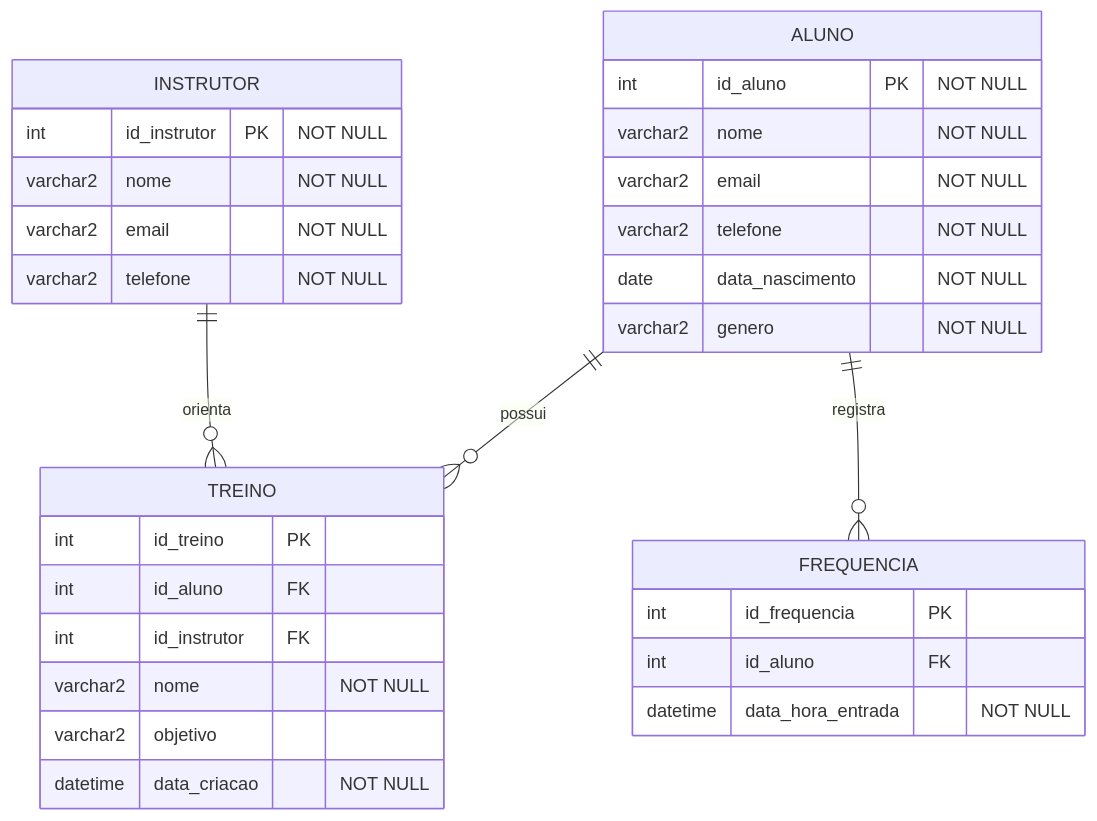
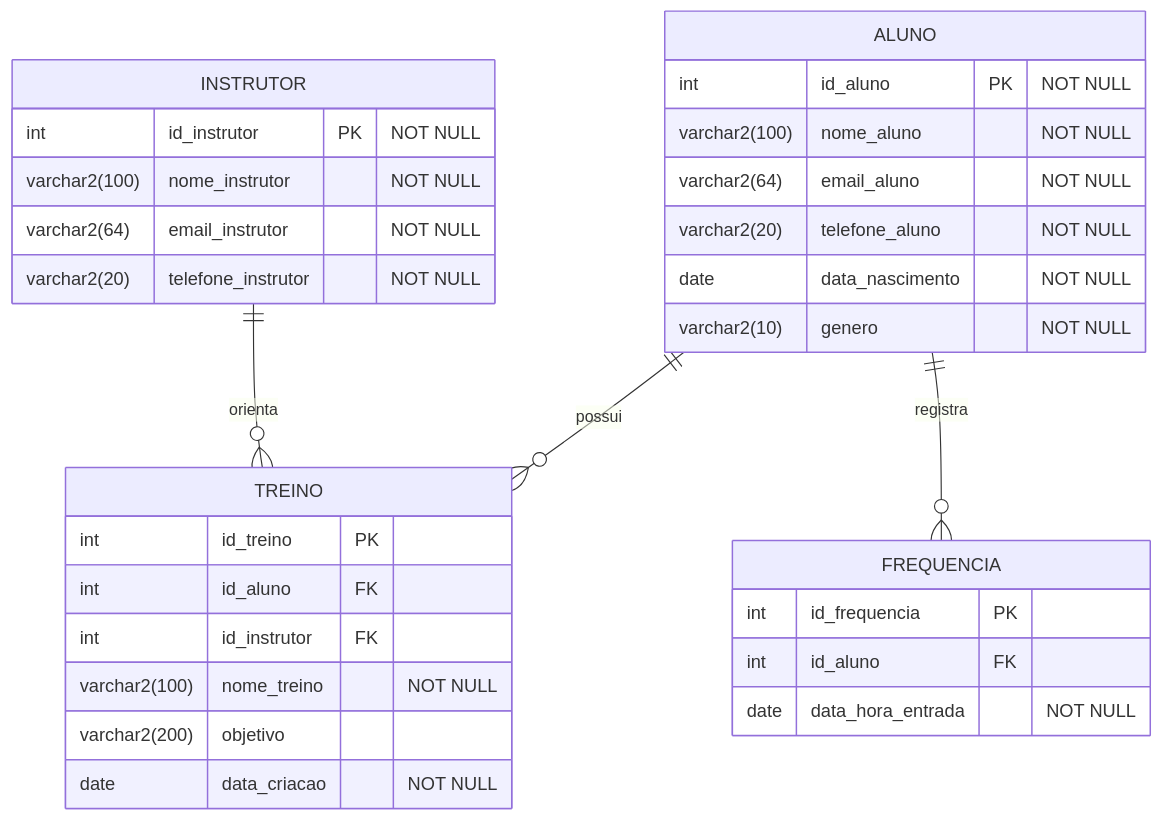
One commit to gabinasciment/sistema-academia-bd changed the diagram in diagramas/diagramarelacional.mmd. Above: the diagram before and after it, drawn with Mermaid.

Commit message:
fix(sintaxe) : renomeção de atributos nas tabelas e configuração de tipos

```diff
--- a/diagramas/diagramarelacional.mmd
+++ b/diagramas/diagramarelacional.mmd
@@ -1,36 +1,38 @@
-
+---
+id: 2b179050-cd0c-4a7d-a6ca-17071eb3fb87
+---
 erDiagram
     ALUNO ||--o{ TREINO : possui
     INSTRUTOR ||--o{ TREINO : orienta
     ALUNO ||--o{ FREQUENCIA : registra
 
     ALUNO {
         int id_aluno PK "NOT NULL"
-        varchar2 nome "NOT NULL"
-        varchar2 email "NOT NULL"
-        varchar2 telefone "NOT NULL"
+        varchar2(100) nome_aluno "NOT NULL"
+        varchar2(64) email_aluno "NOT NULL"
+        varchar2(20) telefone_aluno "NOT NULL"
         date data_nascimento "NOT NULL"
-        varchar2 genero "NOT NULL"
+        varchar2(10) genero "NOT NULL" 
     }
 
     INSTRUTOR {
         int id_instrutor PK "NOT NULL"
-        varchar2 nome"NOT NULL"
-        varchar2 email "NOT NULL"
-        varchar2 telefone "NOT NULL"
+        varchar2(100) nome_instrutor "NOT NULL"
+        varchar2(64) email_instrutor "NOT NULL"
+        varchar2(20) telefone_instrutor "NOT NULL"
     }
 
     TREINO {
         int id_treino PK 
         int id_aluno FK
         int id_instrutor FK
-        varchar2 nome "NOT NULL"
-        varchar2 objetivo 
-        datetime data_criacao "NOT NULL"
+        varchar2(100) nome_treino "NOT NULL"
+        varchar2(200) objetivo
+        date data_criacao "NOT NULL"
     }
 
     FREQUENCIA {
         int id_frequencia PK
         int id_aluno FK
-        datetime data_hora_entrada "NOT NULL"
+        date data_hora_entrada "NOT NULL"
     }
```
